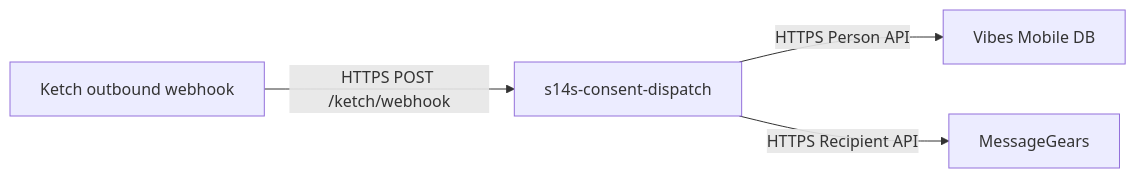
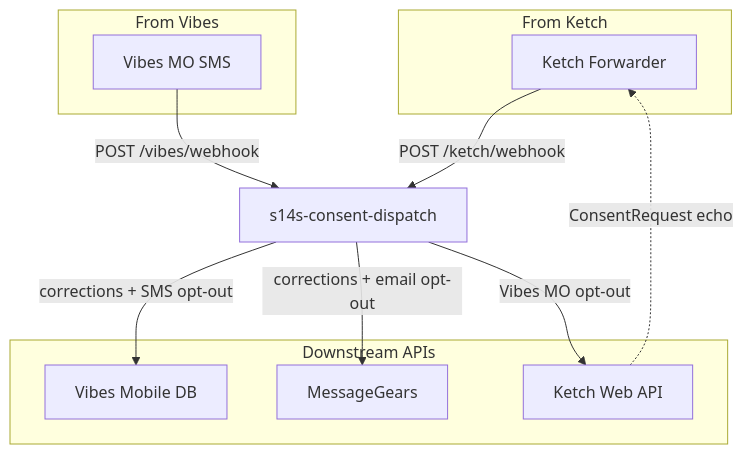
One commit to cesau78/s14s-consent-dispatch changed the first of 2 diagrams in README.md. Above: the diagram before and after it, drawn with Mermaid. The commit also changed other lines of this file and 50 other files, not shown here.

First line of the commit message:
feat: consent sync across Vibes, Ketch, and MessageGears

````diff
--- a/README.md
+++ b/README.md
@@ -44,10 +44,22 @@
 ```mermaid
-flowchart LR
-  Ketch["Ketch outbound webhook"]
+flowchart TB
+  subgraph ketch_in [From Ketch]
+    Ketch["Ketch Forwarder"]
+  end
+  subgraph vibes_in [From Vibes]
+    VibesMO["Vibes MO SMS"]
+  end
   Dispatch["s14s-consent-dispatch"]
-  Vibes["Vibes Mobile DB"]
+  subgraph out [Downstream APIs]
+    VibesAPI["Vibes Mobile DB"]
+    MG["MessageGears"]
+    KetchAPI["Ketch Web API"]
+  end
 
-  Ketch -->|"HTTPS POST /ketch/webhook"| Dispatch
-  Dispatch -->|"HTTPS Person API"| Vibes
-  Dispatch -->|"HTTPS Recipient API"| MessageGears["MessageGears"]
+  Ketch -->|"POST /ketch/webhook"| Dispatch
+  VibesMO -->|"POST /vibes/webhook"| Dispatch
+  Dispatch -->|"corrections + SMS opt-out"| VibesAPI
+  Dispatch -->|"corrections + email opt-out"| MG
+  Dispatch -->|"Vibes MO opt-out"| KetchAPI
+  KetchAPI -.->|"ConsentRequest echo"| Ketch
 ```
````
